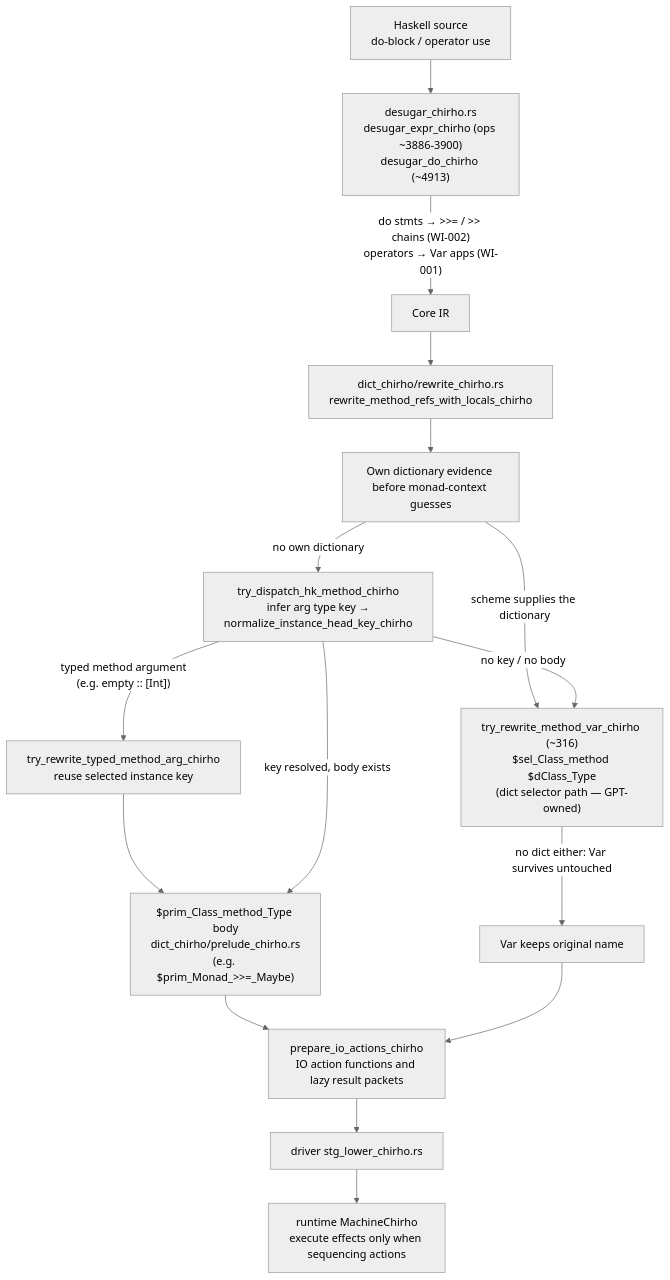
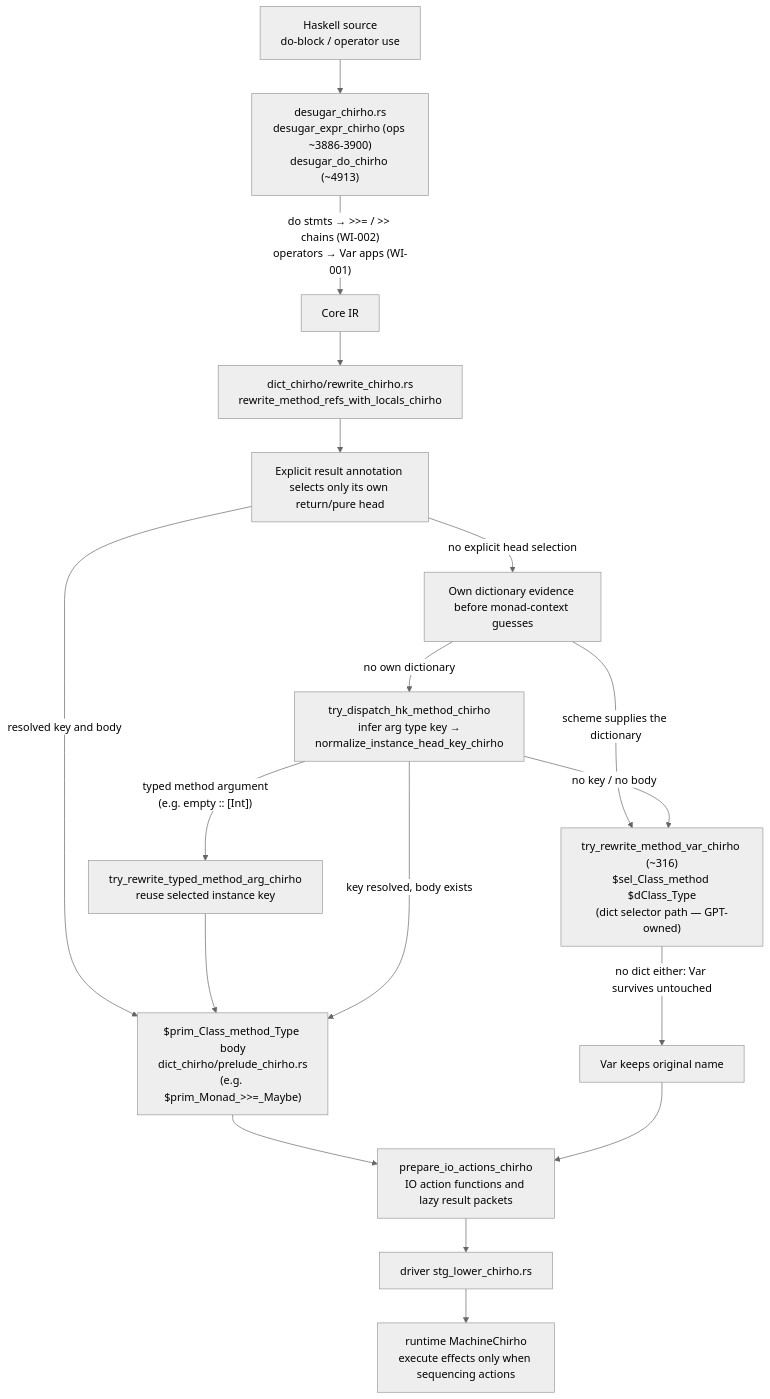
One commit to loveJesus/haskelujah-chirho changed the diagram in spec-chirho/workflows-chirho/monadic-dispatch-chirho.md. Above: the diagram before and after it, drawn with Mermaid (neutral theme). The commit also changed other lines of this file and 36 other files, not shown here.

First line of the commit message:
Honor explicit pure types and verify every curated execution oracle

````diff
--- a/spec-chirho/workflows-chirho/monadic-dispatch-chirho.md
+++ b/spec-chirho/workflows-chirho/monadic-dispatch-chirho.md
@@ -8,18 +8,20 @@
 ```mermaid
 flowchart TD
     SRC["Haskell source\ndo-block / operator use"] --> DESUGAR["desugar_chirho.rs\ndesugar_expr_chirho (ops ~3886-3900)\ndesugar_do_chirho (~4913)"]
     DESUGAR -->|"do stmts → >>= / >> chains (WI-002)\noperators → Var apps (WI-001)"| CORE["Core IR"]
     CORE --> DICTPASS["dict_chirho/rewrite_chirho.rs\nrewrite_method_refs_with_locals_chirho"]
-    DICTPASS --> OWN["Own dictionary evidence before monad-context guesses"]
+    DICTPASS --> ANNOTATED["Explicit result annotation selects only its own return/pure head"]
+    ANNOTATED -->|"resolved key and body"| PRIM
+    ANNOTATED -->|"no explicit head selection"| OWN["Own dictionary evidence before monad-context guesses"]
     OWN -->|"scheme supplies the dictionary"| SEL
     OWN -->|"no own dictionary"| HK["try_dispatch_hk_method_chirho\ninfer arg type key →\nnormalize_instance_head_key_chirho"]
     HK -->|"typed method argument\n(e.g. empty :: [Int])"| TYPEDARG["try_rewrite_typed_method_arg_chirho\nreuse selected instance key"]
     TYPEDARG --> PRIM
     HK -->|"key resolved, body exists"| PRIM["$prim_Class_method_Type body\ndict_chirho/prelude_chirho.rs\n(e.g. $prim_Monad_>>=_Maybe)"]
     HK -->|"no key / no body"| SEL["try_rewrite_method_var_chirho (~316)\n$sel_Class_method $dClass_Type\n(dict selector path — GPT-owned)"]
     SEL -->|"no dict either: Var survives untouched"| FALLBACK["Var keeps original name"]
     PRIM --> ACTIONS["prepare_io_actions_chirho\nIO action functions and lazy result packets"]
     FALLBACK --> ACTIONS
     ACTIONS --> STG["driver stg_lower_chirho.rs"]
     STG --> MACHINE["runtime MachineChirho\nexecute effects only when sequencing actions"]
 ```
````
